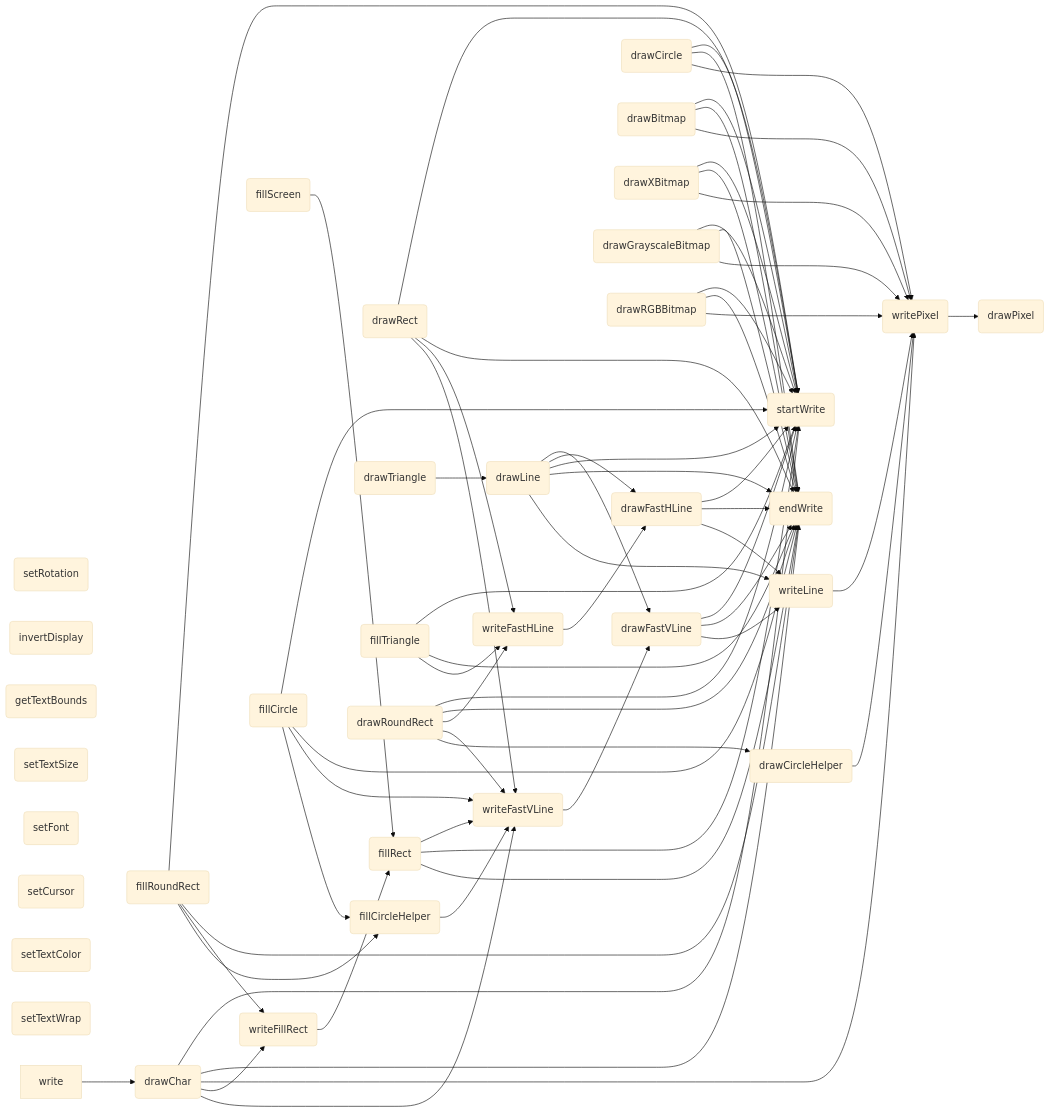
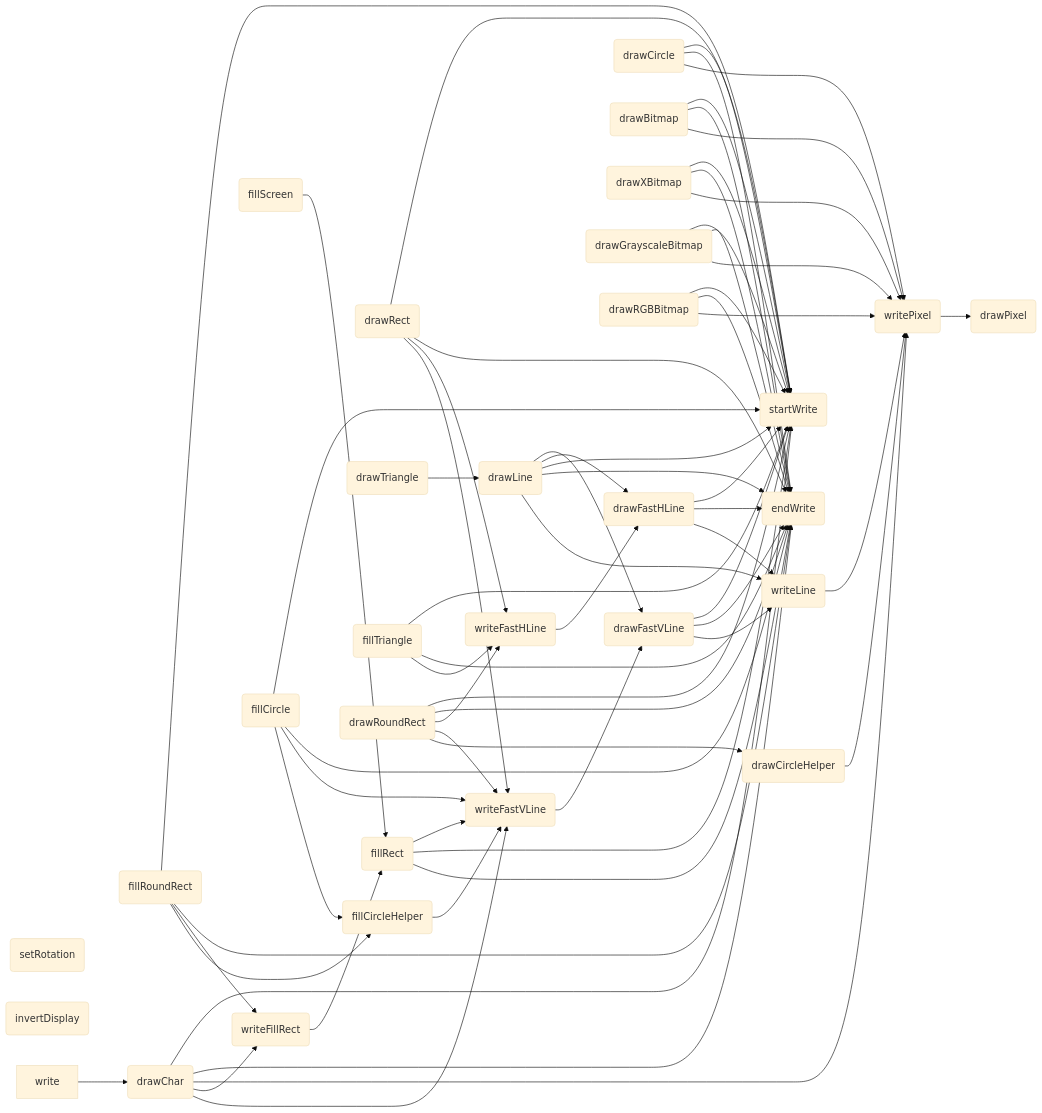
The diagram in all/未命名.md (icodezhanglei/iodraw-files), drawn with Mermaid (base theme) before and after one commit.

Commit message:
2024-09-13 18:42:11 update

````diff
--- a/all/未命名.md
+++ b/all/未命名.md
@@ -1,67 +1,62 @@
 ```mermaid
 flowchart LR
 
 drawPixel(drawPixel)
 startWrite(startWrite)
 endWrite(endWrite)
 writePixel(writePixel)
 writeFillRect(writeFillRect)
 writeFastVLine(writeFastVLine)
 writeFastHLine(writeFastHLine)
 writeLine(writeLine)
 setRotation(setRotation)
 invertDisplay(invertDisplay)
 drawFastVLine(drawFastVLine)
 drawFastHLine(drawFastHLine)
 fillRect(fillRect)
 fillScreen(fillScreen)
 drawLine(drawLine)
 drawRect(drawRect)
 drawCircle(drawCircle)
 drawCircleHelper(drawCircleHelper)
 fillCircle(fillCircle)
 fillCircleHelper(fillCircleHelper)
 drawTriangle(drawTriangle)
 fillTriangle(fillTriangle)
 drawRoundRect(drawRoundRect)
 fillRoundRect(fillRoundRect)
 drawBitmap(drawBitmap)
 drawXBitmap(drawXBitmap)
 drawGrayscaleBitmap(drawGrayscaleBitmap)
 drawRGBBitmap(drawRGBBitmap)
 drawChar(drawChar)
-getTextBounds(getTextBounds)
-setTextSize(setTextSize)
-setFont(setFont)
-setCursor(setCursor)
-setTextColor(setTextColor)
-setTextWrap(setTextWrap)
+
 
 writeLine --> writePixel --> drawPixel
 
 writeFastVLine --> drawFastVLine --> startWrite & endWrite
 drawFastVLine --> writeLine
 
 writeFastHLine --> drawFastHLine --> startWrite & endWrite
 drawFastHLine --> writeLine
 
 writeFillRect --> fillRect --> writeFastVLine & startWrite & endWrite
 
 fillScreen --> fillRect
 drawLine --> drawFastVLine & drawFastHLine & startWrite & endWrite & writeLine
 drawCircle --> startWrite & endWrite & writePixel
 drawCircleHelper --> writePixel
 fillCircle --> startWrite & endWrite & writeFastVLine & fillCircleHelper
 fillCircleHelper --> writeFastVLine
 drawRect --> startWrite & endWrite & writeFastHLine & writeFastVLine
 drawRoundRect --> startWrite & endWrite & writeFastHLine & writeFastVLine & drawCircleHelper
 fillRoundRect --> startWrite & endWrite & writeFillRect & fillCircleHelper
 drawTriangle --> drawLine
 fillTriangle --> startWrite & endWrite & writeFastHLine
 drawBitmap --> startWrite & endWrite & writePixel
 drawXBitmap --> startWrite & endWrite & writePixel
 drawGrayscaleBitmap --> startWrite & endWrite & writePixel
 drawRGBBitmap --> startWrite & endWrite & writePixel
 drawChar --> startWrite & endWrite & writePixel & writeFillRect & writeFastVLine
 write --> drawChar
 ```
````
